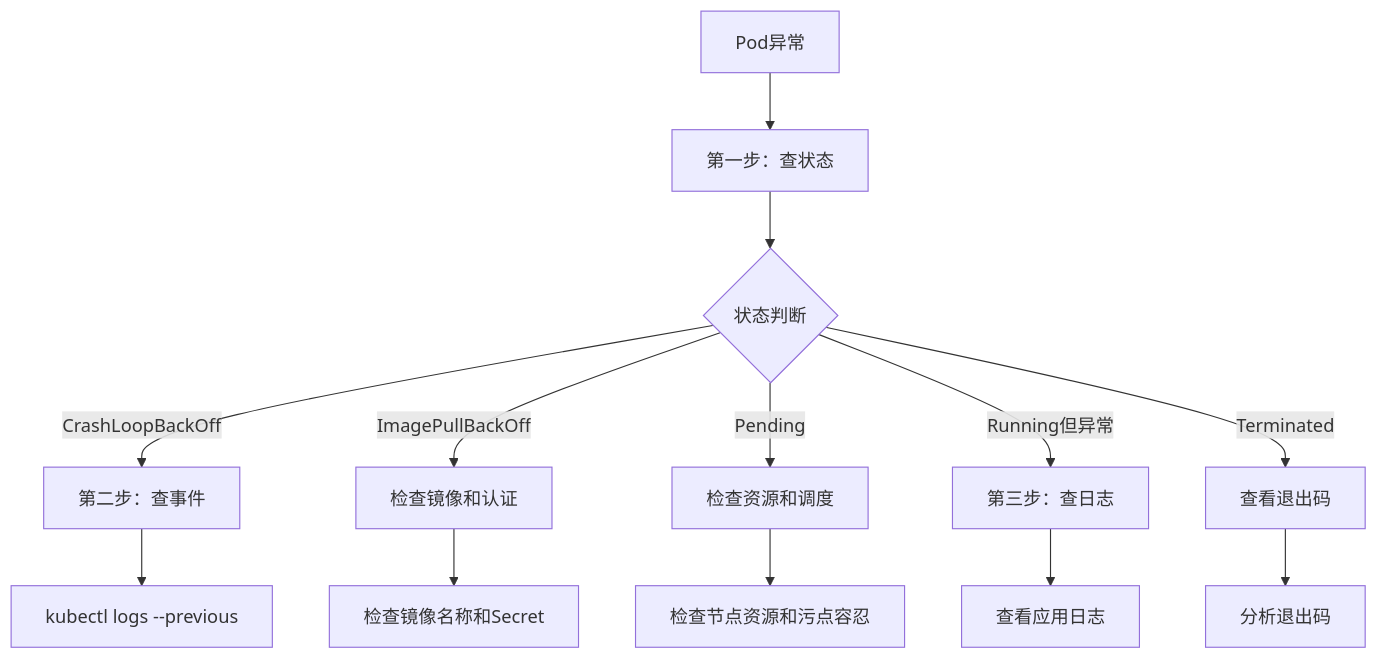
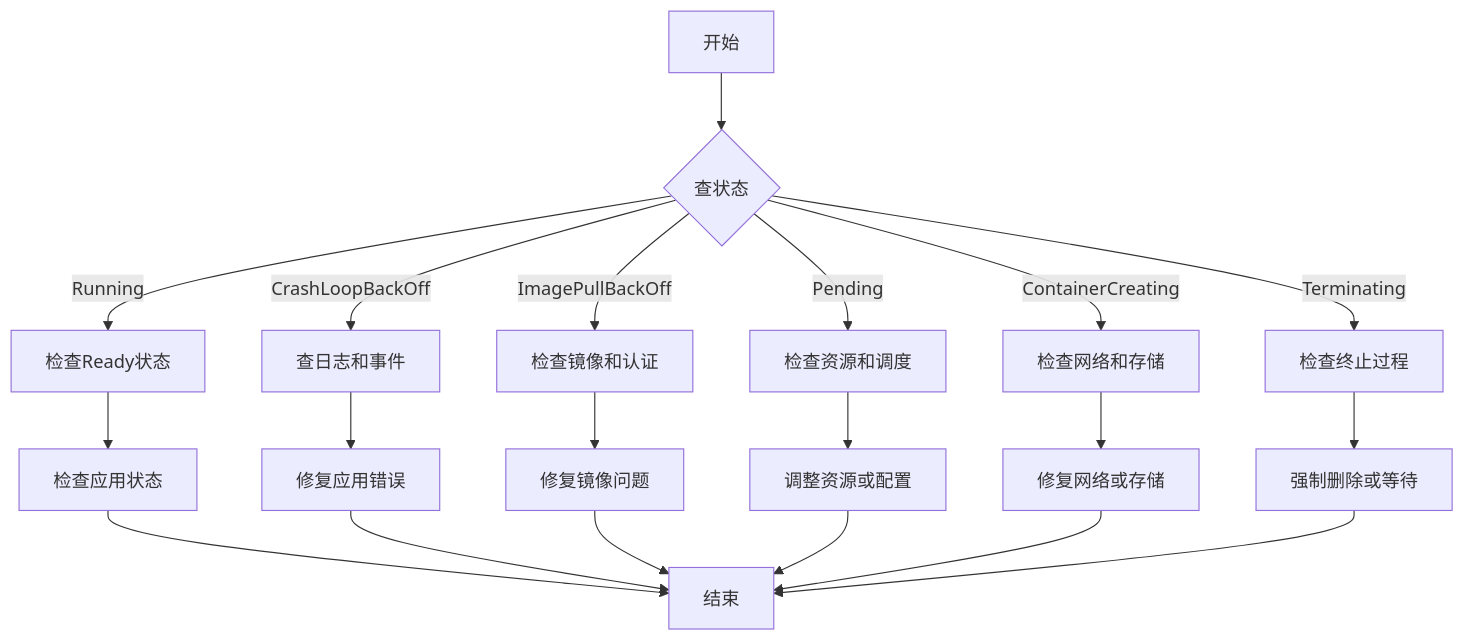
The second of 2 diagrams in _posts/2026-05-09-kubernetes-pod-troubleshooting.md (ClockWingSoar/soveranzhong.github.io), drawn with Mermaid before and after one commit. The commit also changed other lines of this file and 20 other files, not shown here.

````diff
--- a/_posts/2026-05-09-kubernetes-pod-troubleshooting.md
+++ b/_posts/2026-05-09-kubernetes-pod-troubleshooting.md
@@ -77,15 +306,22 @@
 ```mermaid
 flowchart TD
-    A[Pod异常] --> B[第一步：查状态]
-    B --> C{状态判断}
-    C -->|CrashLoopBackOff| D[第二步：查事件]
-    C -->|ImagePullBackOff| E[检查镜像和认证]
-    C -->|Pending| F[检查资源和调度]
-    C -->|Running但异常| G[第三步：查日志]
-    C -->|Terminated| H[查看退出码]
-    D --> I[kubectl logs --previous]
-    E --> J[检查镜像名称和Secret]
-    F --> K[检查节点资源和污点容忍]
-    G --> L[查看应用日志]
-    H --> M[分析退出码]
+    A[开始] --> B{查状态}
+    B -->|Running| C[检查Ready状态]
+    B -->|CrashLoopBackOff| D[查日志和事件]
+    B -->|ImagePullBackOff| E[检查镜像和认证]
+    B -->|Pending| F[检查资源和调度]
+    B -->|ContainerCreating| G[检查网络和存储]
+    B -->|Terminating| H[检查终止过程]
+    C --> I[检查应用状态]
+    D --> J[修复应用错误]
+    E --> K[修复镜像问题]
+    F --> L[调整资源或配置]
+    G --> M[修复网络或存储]
+    H --> N[强制删除或等待]
+    I --> O[结束]
+    J --> O
+    K --> O
+    L --> O
+    M --> O
+    N --> O
 ```
````
